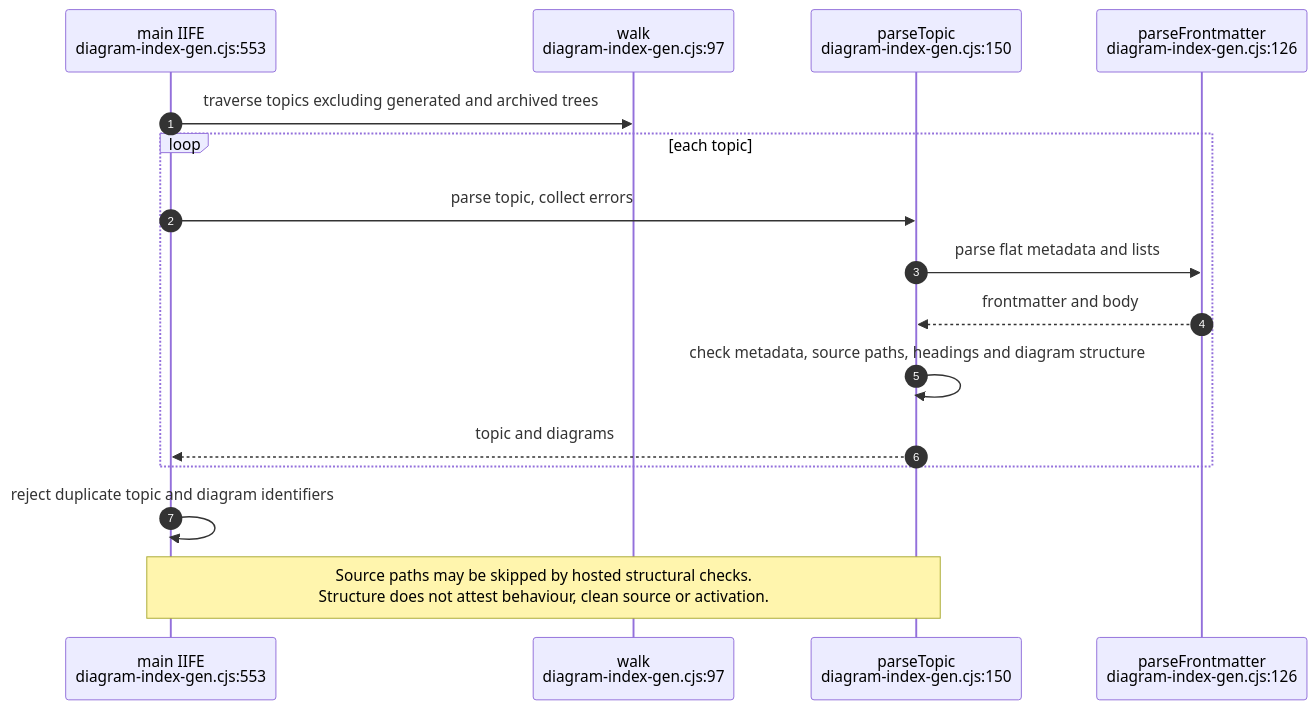
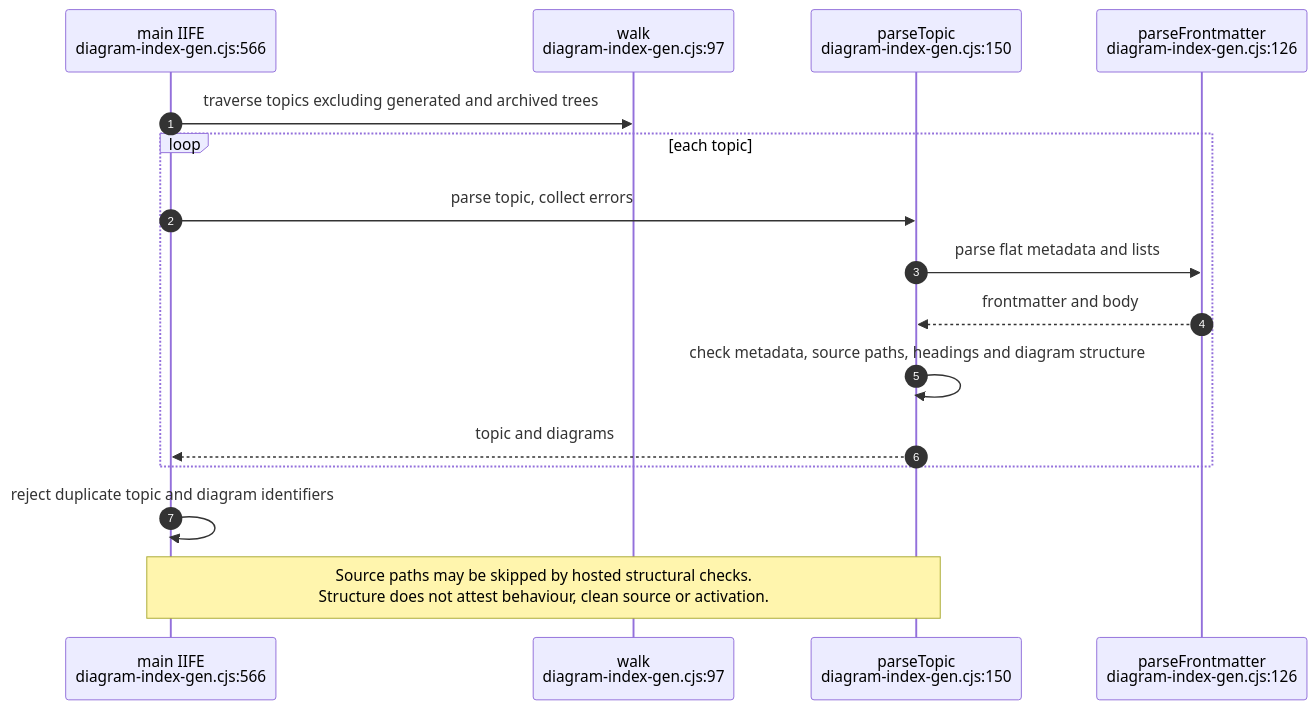
The eighth of 13 diagrams in docs/diagrams/visionflow/06-diagram-tooling.md (DreamLab-AI/VisionFlow), drawn with Mermaid before and after one commit. The commit also changed other lines of this file and 292 other files, not shown here.

````diff
--- a/docs/diagrams/visionflow/06-diagram-tooling.md
+++ b/docs/diagrams/visionflow/06-diagram-tooling.md
@@ -278,18 +278,18 @@
 ```mermaid
 sequenceDiagram
     autonumber
-    participant CLI as main IIFE<br/>diagram-index-gen.cjs:553
+    participant CLI as main IIFE<br/>diagram-index-gen.cjs:566
     participant W as walk<br/>diagram-index-gen.cjs:97
     participant P as parseTopic<br/>diagram-index-gen.cjs:150
     participant F as parseFrontmatter<br/>diagram-index-gen.cjs:126
     CLI->>W: traverse topics excluding generated and archived trees
     loop each topic
         CLI->>P: parse topic, collect errors
         P->>F: parse flat metadata and lists
         F-->>P: frontmatter and body
         P->>P: check metadata, source paths, headings and diagram structure
         P-->>CLI: topic and diagrams
     end
     CLI->>CLI: reject duplicate topic and diagram identifiers
     Note over CLI,P: Source paths may be skipped by hosted structural checks.<br/>Structure does not attest behaviour, clean source or activation.
 ```
````
